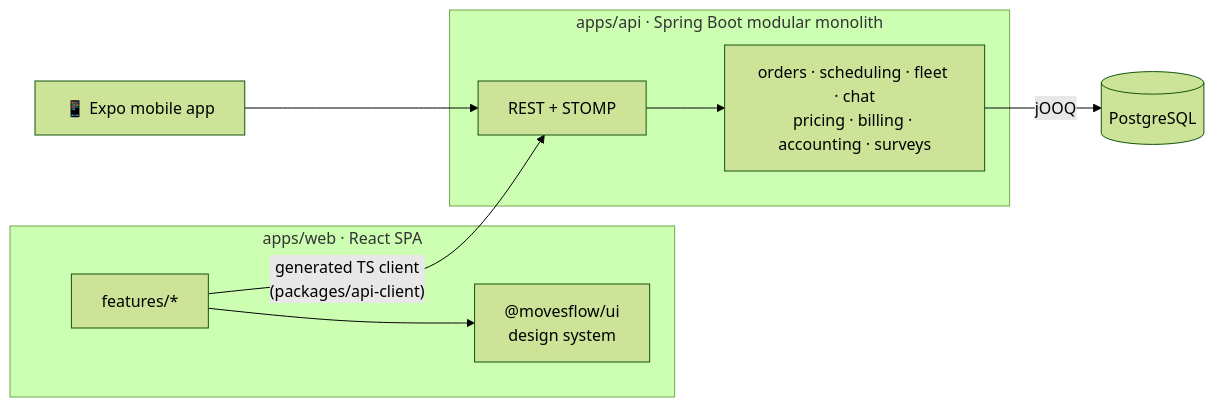
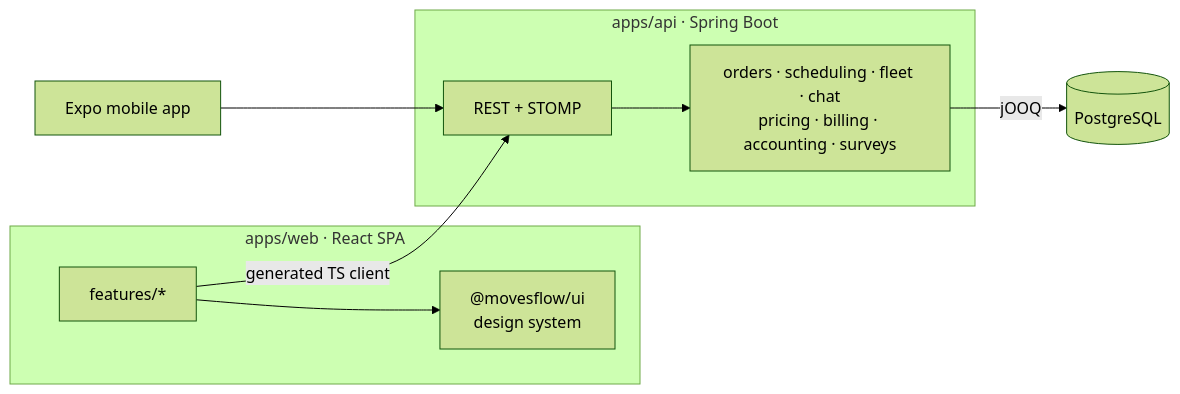
Before and after one commit to ssdeniss/ssdeniss: the diagram in README.md, drawn with Mermaid (forest theme). The commit also changed other lines of this file and 21 other files, not shown here.

````diff
--- a/README.md
+++ b/README.md
@@ -130,12 +50,12 @@
 ```mermaid
 flowchart LR
     subgraph web["apps/web · React SPA"]
       F[features/*] --> UI["@movesflow/ui<br/>design system"]
     end
-    F -->|"generated TS client<br/>(packages/api-client)"| API
-    subgraph api["apps/api · Spring Boot modular monolith"]
+    F -->|"generated TS client"| API
+    subgraph api["apps/api · Spring Boot"]
       API[REST + STOMP] --> MOD["orders · scheduling · fleet · chat<br/>pricing · billing · accounting · surveys"]
     end
     MOD -->|jOOQ| DB[(PostgreSQL)]
-    MOB[📱 Expo mobile app] --> API
+    MOB[Expo mobile app] --> API
 ```
````
